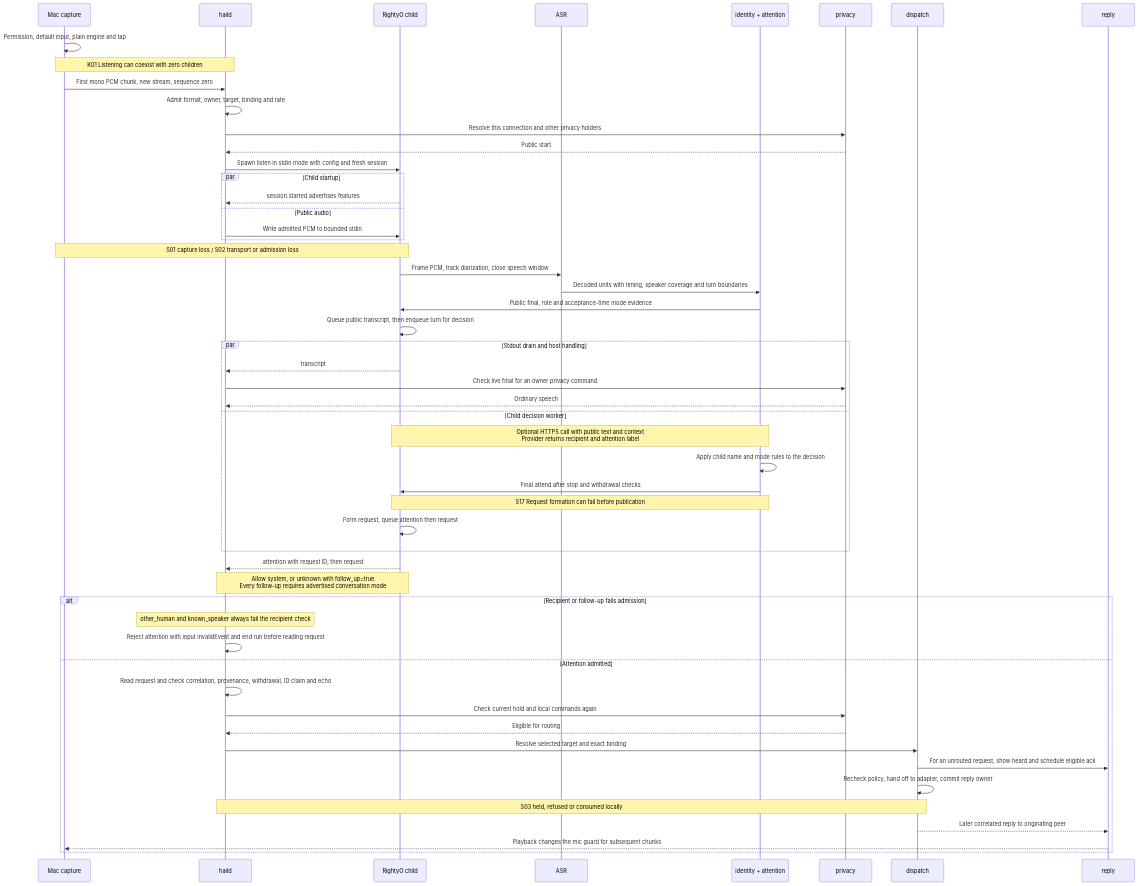
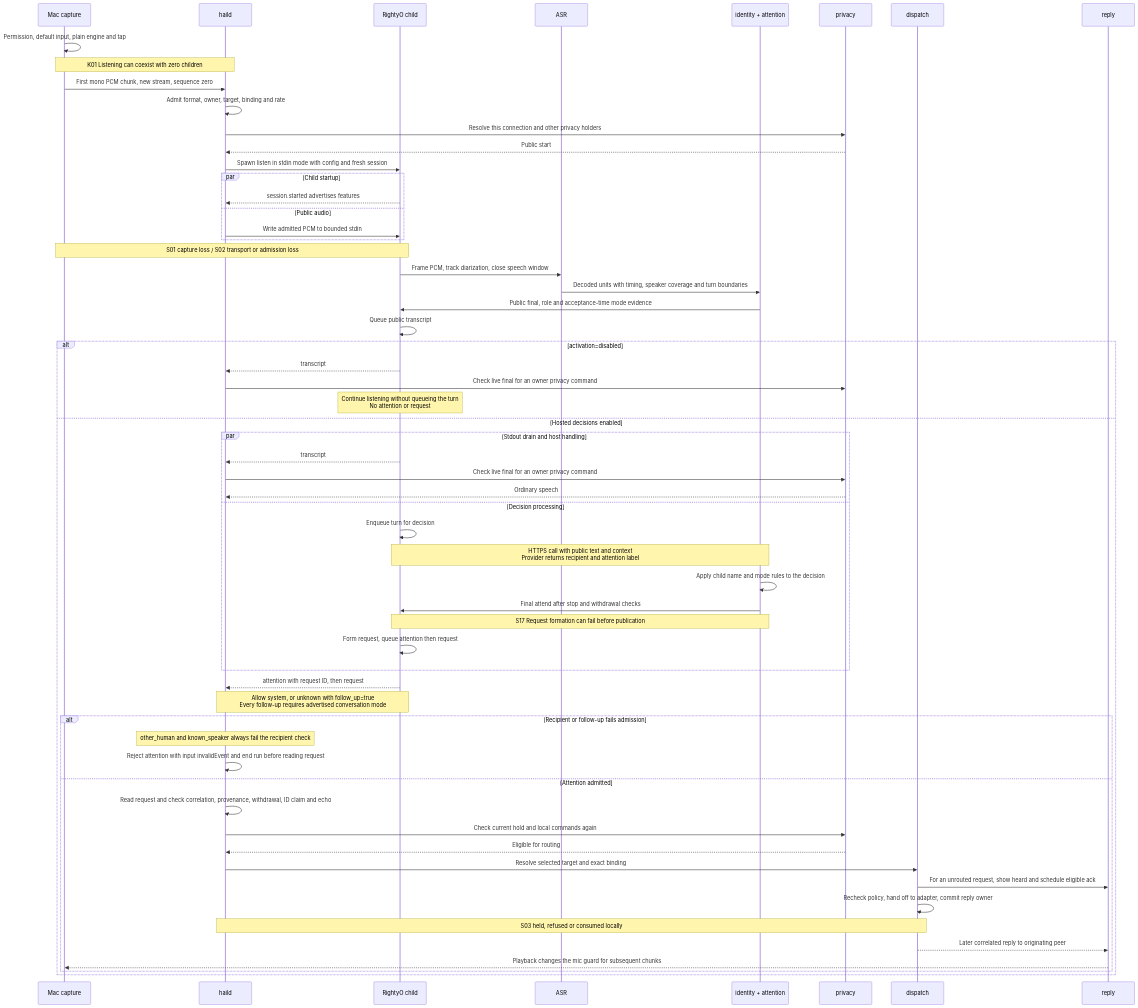
The first of 8 diagrams in docs/rightyo-swimlanes.md (mickdarling/hailing-station), drawn with Mermaid before and after one commit. The commit also changed other lines of this file, not shown here.

Commit message:
Correct four RightyO swimlane branches (#1483)

````diff
--- a/docs/rightyo-swimlanes.md
+++ b/docs/rightyo-swimlanes.md
@@ -19,55 +19,62 @@
 ```mermaid
 sequenceDiagram
     participant M as Mac capture
     participant H as haild
     participant C as RightyO child
     participant A as ASR
     participant I as identity + attention
     participant P as privacy
     participant D as dispatch
     participant R as reply
     M->>M: Permission, default input, plain engine and tap
     Note over M,H: K01 Listening can coexist with zero children
     M->>H: First mono PCM chunk, new stream, sequence zero
     H->>H: Admit format, owner, target, binding and rate
     H->>P: Resolve this connection and other privacy holders
     P-->>H: Public start
     H->>C: Spawn listen in stdin mode with config and fresh session
     par Child startup
         C-->>H: session.started advertises features
     and Public audio
         H->>C: Write admitted PCM to bounded stdin
     end
     Note over M,C: S01 capture loss / S02 transport or admission loss
     C->>A: Frame PCM, track diarization, close speech window
     A->>I: Decoded units with timing, speaker coverage and turn boundaries
     I->>C: Public final, role and acceptance-time mode evidence
-    C->>C: Queue public transcript, then enqueue turn for decision
-    par Stdout drain and host handling
+    C->>C: Queue public transcript
+    alt activation=disabled
         C-->>H: transcript
         H->>P: Check live final for an owner privacy command
-        P-->>H: Ordinary speech
-    and Child decision worker
-        Note over C,I: Optional HTTPS call with public text and context<br/>Provider returns recipient and attention label
-        I->>I: Apply child name and mode rules to the decision
-        I->>C: Final attend after stop and withdrawal checks
-        Note over C,I: S17 Request formation can fail before publication
-        C->>C: Form request, queue attention then request
-    end
-    C-->>H: attention with request ID, then request
-    Note over H,C: Allow system, or unknown with follow_up=true<br/>Every follow-up requires advertised conversation mode
-    alt Recipient or follow-up fails admission
-        Note over H: other_human and known_speaker always fail the recipient check
-        H->>H: Reject attention with input invalidEvent and end run before reading request
-    else Attention admitted
-        H->>H: Read request and check correlation, provenance, withdrawal, ID claim and echo
-        H->>P: Check current hold and local commands again
-        P-->>H: Eligible for routing
-        H->>D: Resolve selected target and exact binding
-        D->>R: For an unrouted request, show heard and schedule eligible ack
-        D->>D: Recheck policy, hand off to adapter, commit reply owner
-        Note over H,D: S03 held, refused or consumed locally
-        D-->>R: Later correlated reply to originating peer
-        R-->>M: Playback changes the mic guard for subsequent chunks
+        Note over C: Continue listening without queueing the turn<br/>No attention or request
+    else Hosted decisions enabled
+        par Stdout drain and host handling
+            C-->>H: transcript
+            H->>P: Check live final for an owner privacy command
+            P-->>H: Ordinary speech
+        and Decision processing
+            C->>C: Enqueue turn for decision
+            Note over C,I: HTTPS call with public text and context<br/>Provider returns recipient and attention label
+            I->>I: Apply child name and mode rules to the decision
+            I->>C: Final attend after stop and withdrawal checks
+            Note over C,I: S17 Request formation can fail before publication
+            C->>C: Form request, queue attention then request
+        end
+        C-->>H: attention with request ID, then request
+        Note over H,C: Allow system, or unknown with follow_up=true<br/>Every follow-up requires advertised conversation mode
+        alt Recipient or follow-up fails admission
+            Note over H: other_human and known_speaker always fail the recipient check
+            H->>H: Reject attention with input invalidEvent and end run before reading request
+        else Attention admitted
+            H->>H: Read request and check correlation, provenance, withdrawal, ID claim and echo
+            H->>P: Check current hold and local commands again
+            P-->>H: Eligible for routing
+            H->>D: Resolve selected target and exact binding
+            D->>R: For an unrouted request, show heard and schedule eligible ack
+            D->>D: Recheck policy, hand off to adapter, commit reply owner
+            Note over H,D: S03 held, refused or consumed locally
+            D-->>R: Later correlated reply to originating peer
+            R-->>M: Playback changes the mic guard for subsequent chunks
+        end
     end
 ```
````
